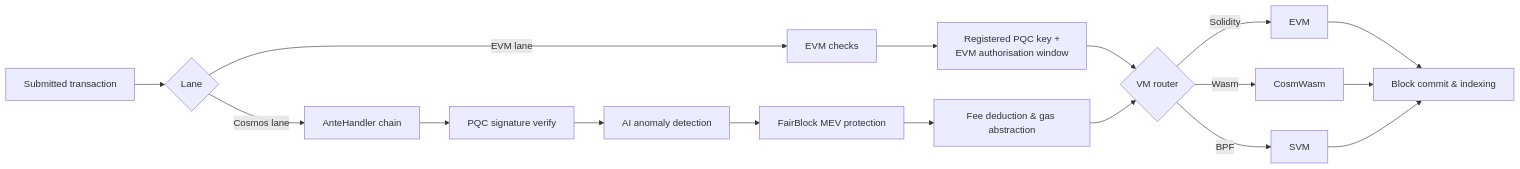
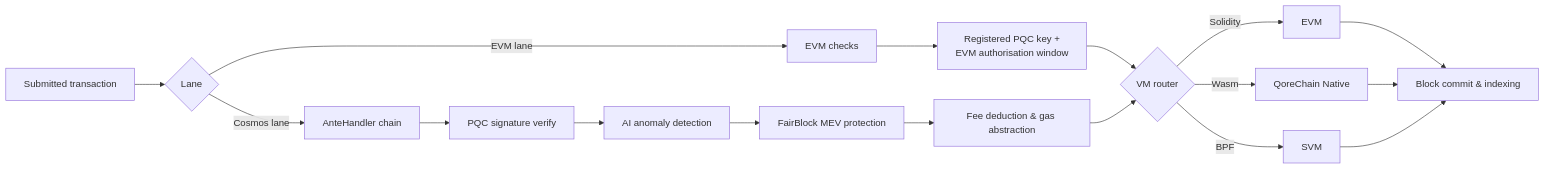
Before and after one commit to qorechain/qorechain-docs: the diagram in docs/introduction/architecture-overview.md, drawn with Mermaid. The commit also changed other lines of this file and 749 other files, not shown here.

````diff
--- a/docs/introduction/architecture-overview.md
+++ b/docs/introduction/architecture-overview.md
@@ -14,19 +14,19 @@
 ```mermaid
 flowchart LR
     Tx[Submitted transaction] --> Lane{Lane}
     Lane -->|Cosmos lane| Ante[AnteHandler chain]
     Lane -->|EVM lane| EAnte[EVM checks]
     EAnte --> Win[Registered PQC key +<br/>EVM authorisation window]
     Win --> Router
     Ante --> PQC[PQC signature verify]
     PQC --> AI[AI anomaly detection]
     AI --> Fair[FairBlock MEV protection]
     Fair --> Fee[Fee deduction & gas abstraction]
     Fee --> Router{VM router}
     Router -->|Solidity| EVM[EVM]
-    Router -->|Wasm| Wasm[CosmWasm]
+    Router -->|Wasm| Wasm[QoreChain Native]
     Router -->|BPF| SVM[SVM]
     EVM --> Commit[Block commit & indexing]
     Wasm --> Commit
     SVM --> Commit
 ```
````
